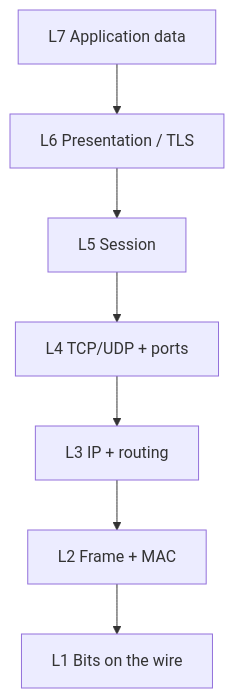
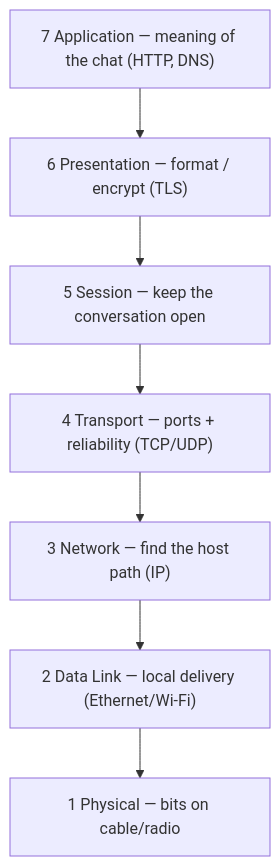
Before and after one commit to omnayak27199/pktana: the first of 3 diagrams in learning/02-osi-model.md, drawn with Mermaid. The commit also changed other lines of this file and 14 other files, not shown here.

First line of the commit message:
docs: rewrite Learn path with diagrams, quizzes, and protocol links

````diff
--- a/learning/02-osi-model.md
+++ b/learning/02-osi-model.md
@@ -291,9 +11,11 @@
 ```mermaid
 flowchart TB
-  App[L7 Application data] --> Pres[L6 Presentation / TLS]
-  Pres --> Sess[L5 Session]
-  Sess --> Trans[L4 TCP/UDP + ports]
-  Trans --> Net[L3 IP + routing]
-  Net --> Link[L2 Frame + MAC]
-  Link --> Phys[L1 Bits on the wire]
+  L7["7 Application — meaning of the chat (HTTP, DNS)"]
+  L6["6 Presentation — format / encrypt (TLS)"]
+  L5["5 Session — keep the conversation open"]
+  L4["4 Transport — ports + reliability (TCP/UDP)"]
+  L3["3 Network — find the host path (IP)"]
+  L2["2 Data Link — local delivery (Ethernet/Wi‑Fi)"]
+  L1["1 Physical — bits on cable/radio"]
+  L7 --> L6 --> L5 --> L4 --> L3 --> L2 --> L1
 ```
````
